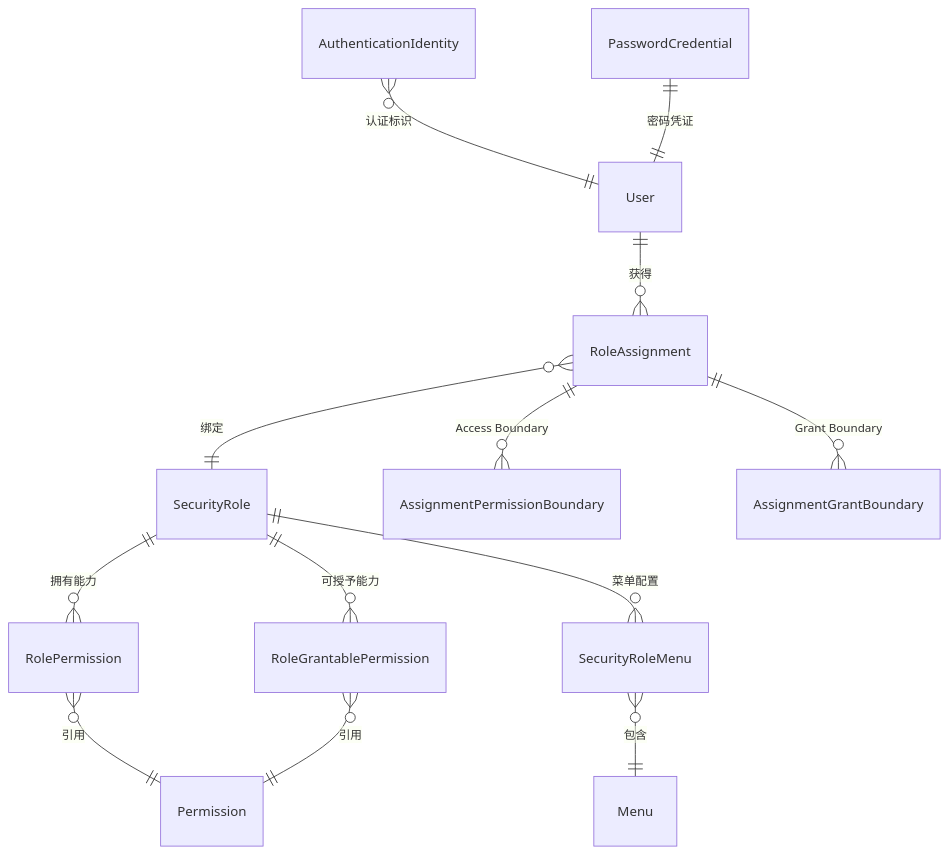
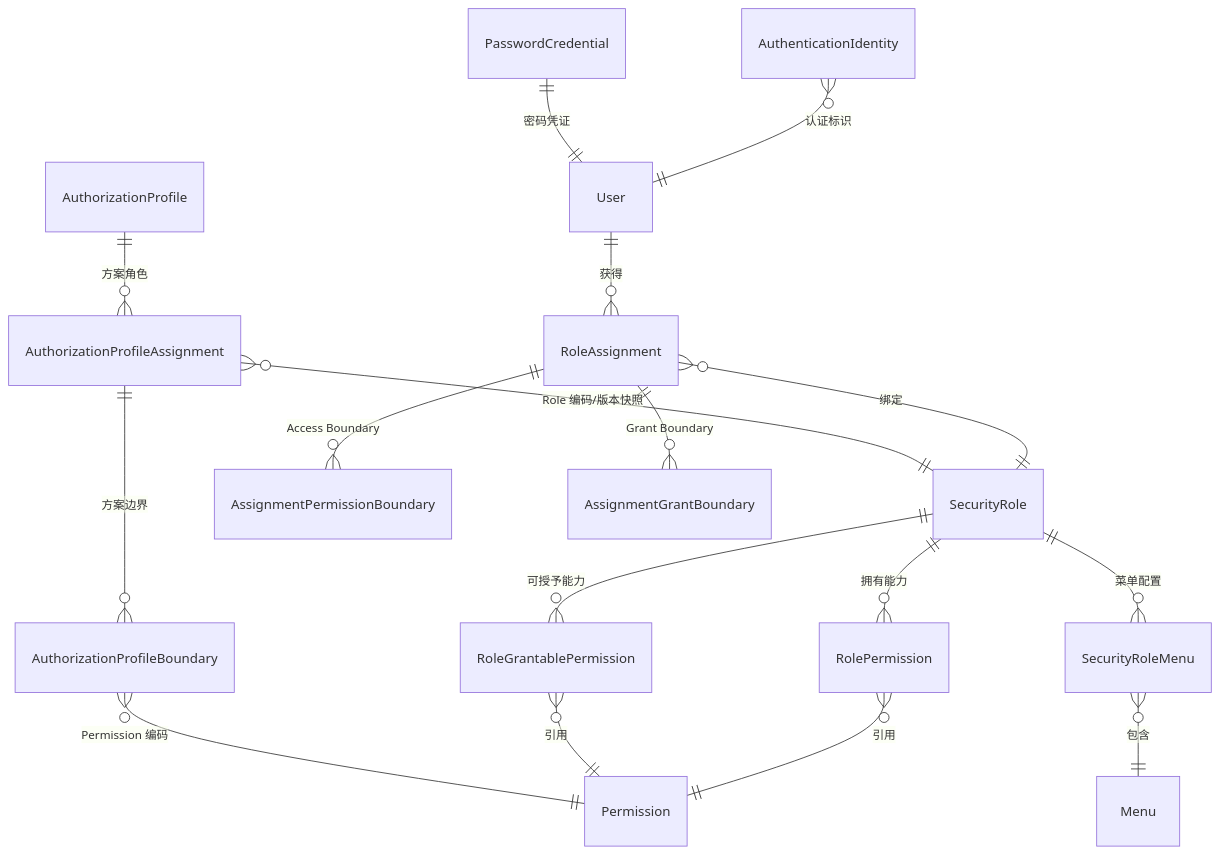
The first of 6 diagrams in docs/30-数据模型/10-ER图.md (yangxj96/spectra-docs), drawn with Mermaid before and after one commit. The commit also changed other lines of this file and 8 other files, not shown here.

````diff
--- a/docs/30-数据模型/10-ER图.md
+++ b/docs/30-数据模型/10-ER图.md
@@ -13,15 +13,19 @@
 ```mermaid
 erDiagram
     AuthenticationIdentity }o--|| User : "认证标识"
     PasswordCredential ||--|| User : "密码凭证"
     User ||--o{ RoleAssignment : "获得"
     RoleAssignment }o--|| SecurityRole : "绑定"
     SecurityRole ||--o{ RolePermission : "拥有能力"
     RolePermission }o--|| Permission : "引用"
     SecurityRole ||--o{ RoleGrantablePermission : "可授予能力"
     RoleGrantablePermission }o--|| Permission : "引用"
     RoleAssignment ||--o{ AssignmentPermissionBoundary : "Access Boundary"
     RoleAssignment ||--o{ AssignmentGrantBoundary : "Grant Boundary"
+    AuthorizationProfile ||--o{ AuthorizationProfileAssignment : "方案角色"
+    AuthorizationProfileAssignment }o--|| SecurityRole : "Role 编码/版本快照"
+    AuthorizationProfileAssignment ||--o{ AuthorizationProfileBoundary : "方案边界"
+    AuthorizationProfileBoundary }o--|| Permission : "Permission 编码"
     SecurityRole ||--o{ SecurityRoleMenu : "菜单配置"
     SecurityRoleMenu }o--|| Menu : "包含"
 ```
````
